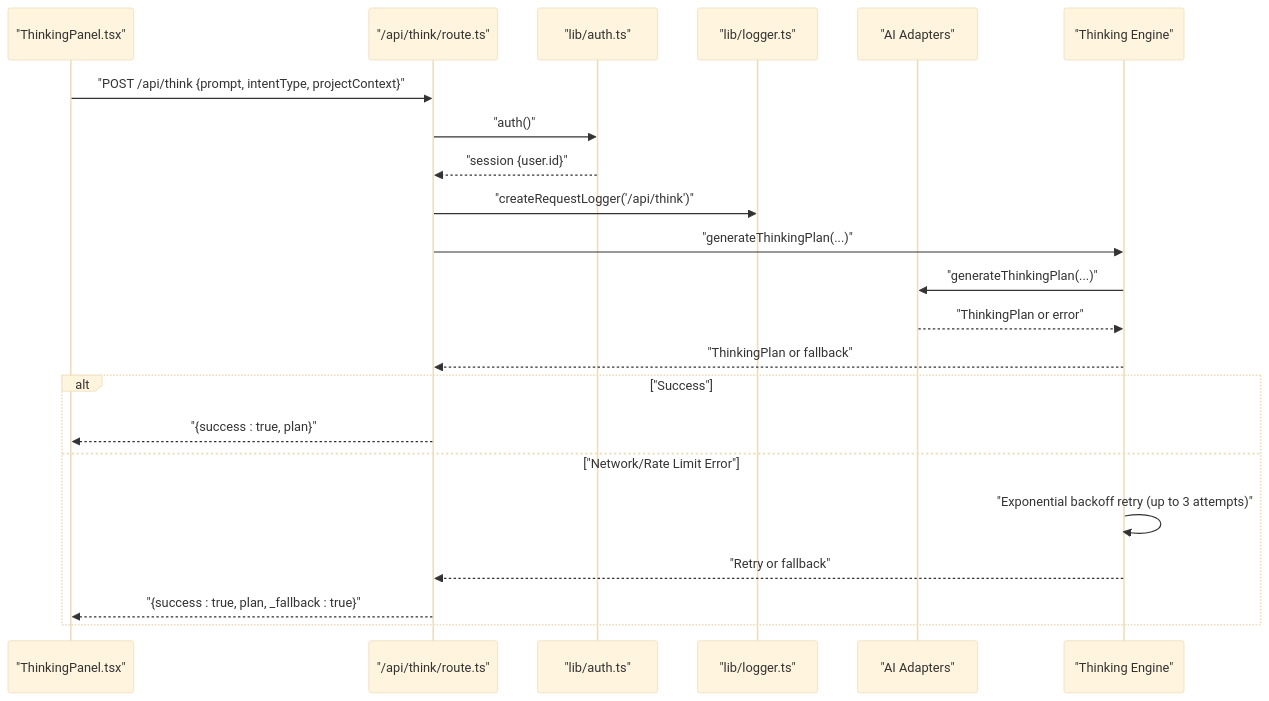
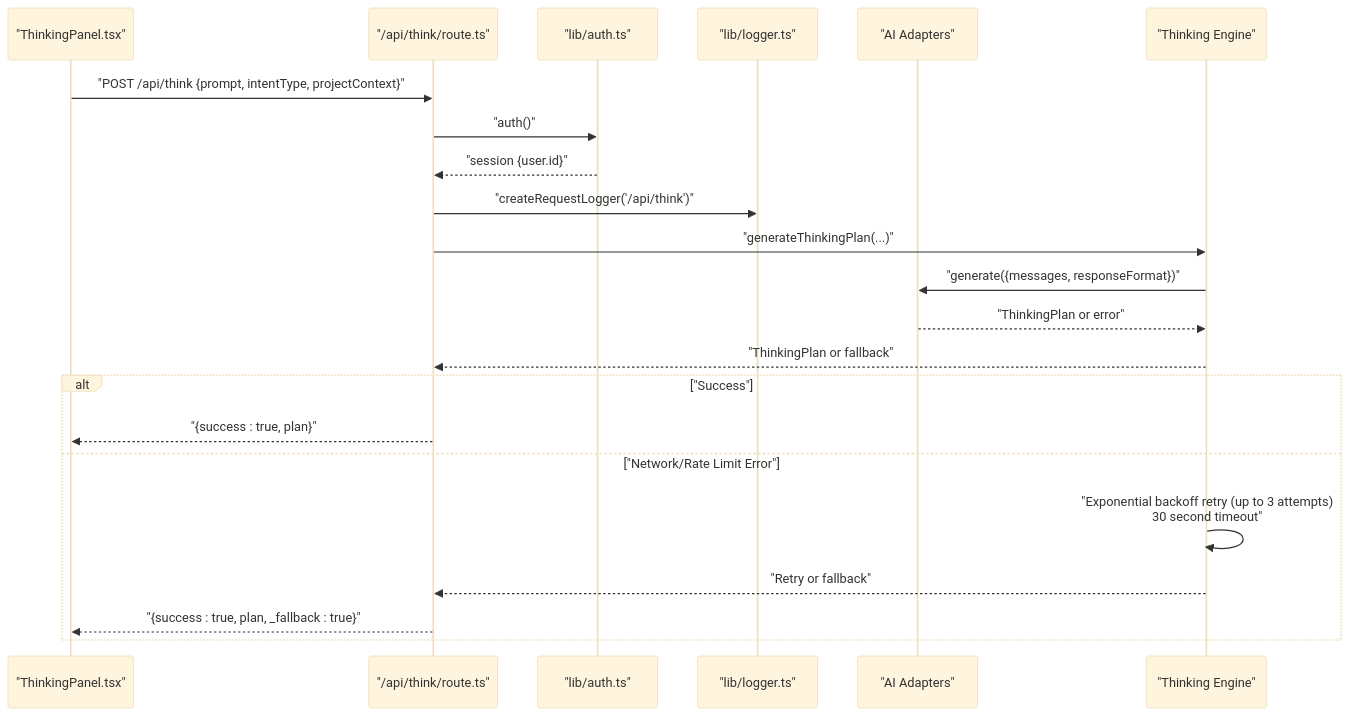
One commit to shekhargiri005-dotcom/AI-powered-accessibility-first-UI-engine changed the second of 7 diagrams in .qoder/repowiki/en/content/Thinking Engine.md. Above: the diagram before and after it, drawn with Mermaid (base theme). The commit also changed other lines of this file and 10 other files, not shown here.

````diff
--- a/.qoder/repowiki/en/content/Thinking Engine.md
+++ b/.qoder/repowiki/en/content/Thinking Engine.md
@@ -128,24 +137,24 @@
 ```mermaid
 sequenceDiagram
 participant UI as "ThinkingPanel.tsx"
 participant API as "/api/think/route.ts"
 participant AUTH as "lib/auth.ts"
 participant LOG as "lib/logger.ts"
 participant ADAPT as "AI Adapters"
 participant PLAN as "Thinking Engine"
 UI->>API : "POST /api/think {prompt, intentType, projectContext}"
 API->>AUTH : "auth()"
 AUTH-->>API : "session {user.id}"
 API->>LOG : "createRequestLogger('/api/think')"
 API->>PLAN : "generateThinkingPlan(...)"
-PLAN->>ADAPT : "generateThinkingPlan(...)"
+PLAN->>ADAPT : "generate({messages, responseFormat})"
 ADAPT-->>PLAN : "ThinkingPlan or error"
 PLAN-->>API : "ThinkingPlan or fallback"
 alt "Success"
 API-->>UI : "{success : true, plan}"
 else "Network/Rate Limit Error"
-PLAN->>PLAN : "Exponential backoff retry (up to 3 attempts)"
+PLAN->>PLAN : "Exponential backoff retry (up to 3 attempts)<br/>30 second timeout"
 PLAN-->>API : "Retry or fallback"
 API-->>UI : "{success : true, plan, _fallback : true}"
 end
 ```
````
